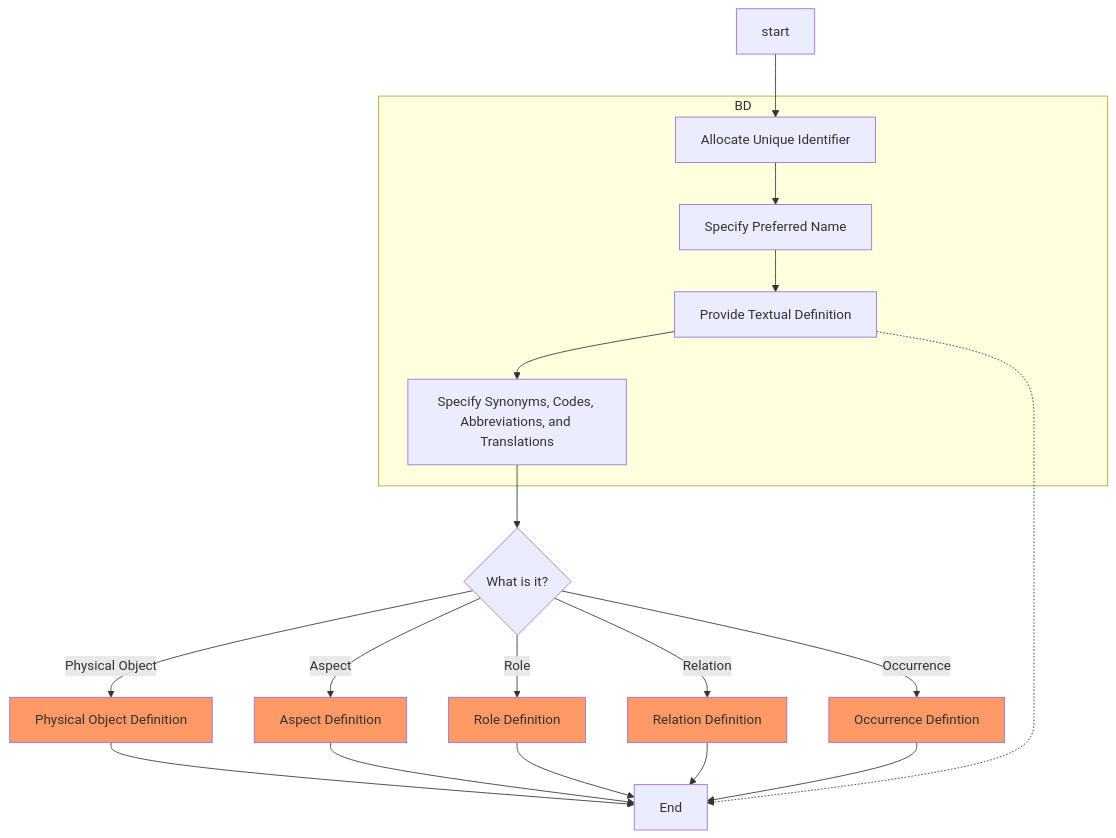
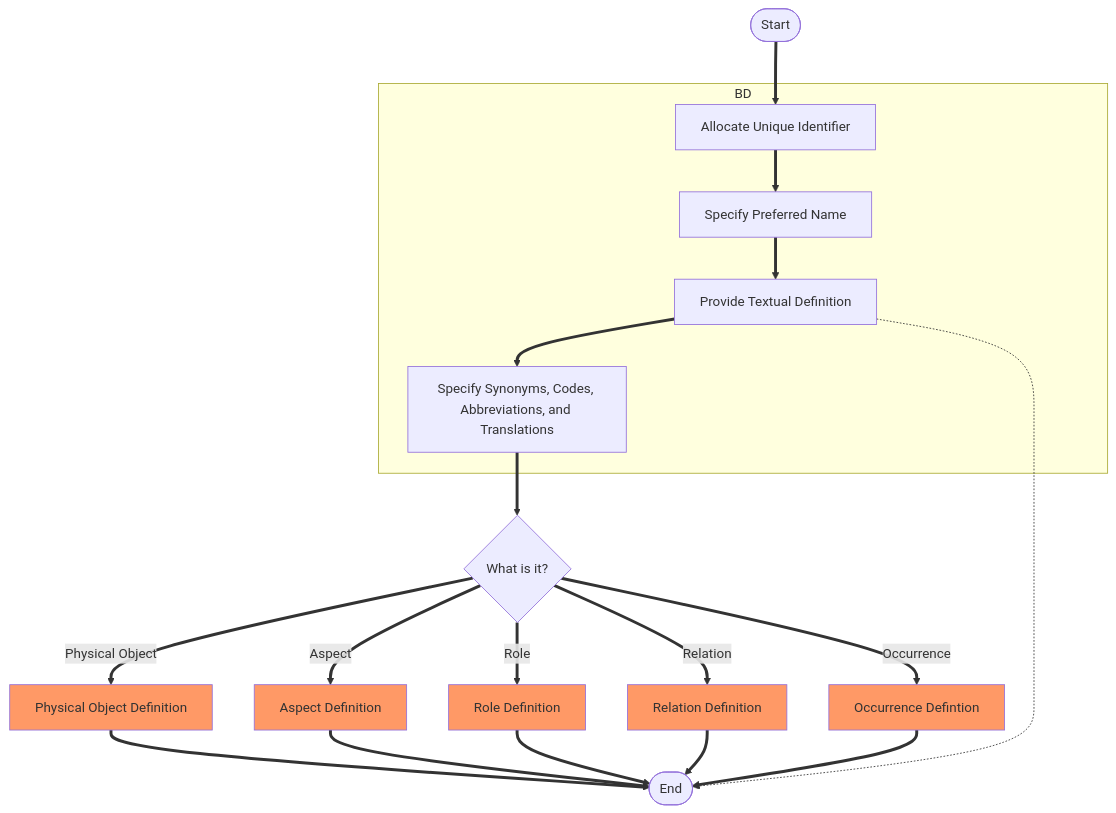
The diagram in docs/design/theory/quintessential-modelling/modelling-procedures/base-definition-model.md (corpus-relica/corpus-relica.github.io), drawn with Mermaid before and after one commit. The commit also changed 5 other files, not shown here.

````diff
--- a/docs/design/theory/quintessential-modelling/modelling-procedures/base-definition-model.md
+++ b/docs/design/theory/quintessential-modelling/modelling-procedures/base-definition-model.md
@@ -3,40 +3,40 @@
 ```mermaid
 flowchart TD
     AUID[Allocate Unique Identifier]
     SPN[Specify Preferred Name]
     PTD[Provide Textual Definition]
     SSCAT[Specify Synonyms, Codes, Abbreviations, and Translations]
     PO[Physical Object Definition]
     A[Aspect Definition]
     RO[Role Definition]
     RE[Relation Definition]
     O[Occurrence Defintion]
-    E[End]
+    E([End])
 
-    start --> AUID
+    S([Start]) ==> AUID
     subgraph BD
-        AUID --> SPN
-        SPN --> PTD
-        PTD --> SSCAT
+        AUID ==> SPN
+        SPN ==> PTD
+        PTD ==> SSCAT
     end
-    SSCAT --> B{What is it?}
-    B -->|Physical Object| PO
-    B -->|Aspect| A 
-    B -->|Role| RO
-    B -->|Relation| RE
-    B -->|Occurrence| O 
-    PO:::external --> E
-    A:::external --> E
-    RO:::external --> E
-    RE:::external --> E
-    O:::external --> E
+    SSCAT ==> B{What is it?}
+    B ==>|Physical Object| PO
+    B ==>|Aspect| A 
+    B ==>|Role| RO
+    B ==>|Relation| RE
+    B ==>|Occurrence| O 
+    PO:::external ==> E
+    A:::external ==> E
+    RO:::external ==> E
+    RE:::external ==> E
+    O:::external ==> E
     PTD -.-> E
 
     click PO "/docs/design/theory/quintessential-modelling/modelling-procedures/physical-object-definition-model" "This is a tooltip for a link"
     click A "/docs/design/theory/quintessential-modelling/modelling-procedures/aspect-definition-model" "This is a tooltip for a link"
     click RO "/docs/design/theory/quintessential-modelling/modelling-procedures/role-definition-model" "This is a tooltip for a link"
     click RE "/docs/design/theory/quintessential-modelling/modelling-procedures/relation-definition-model" "This is a tooltip for a link"
     click O "/docs/design/theory/quintessential-modelling/modelling-procedures/occurrence-definition-model" "This is a tooltip for a link"
     
     classDef external fill:#f96
 ```
````
